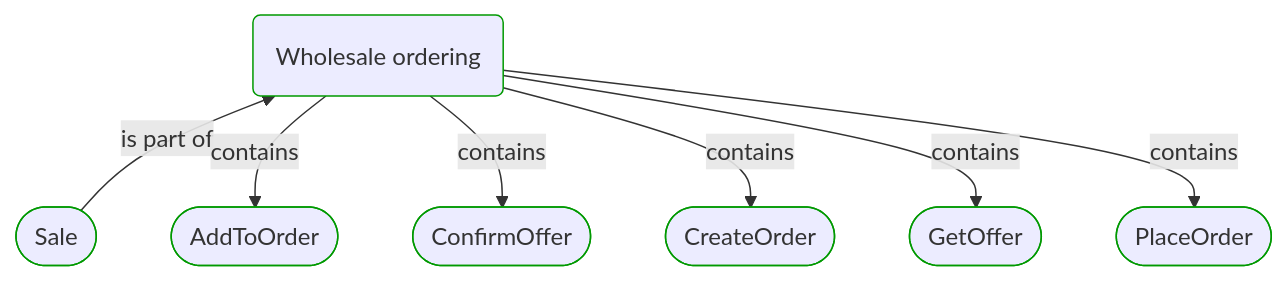
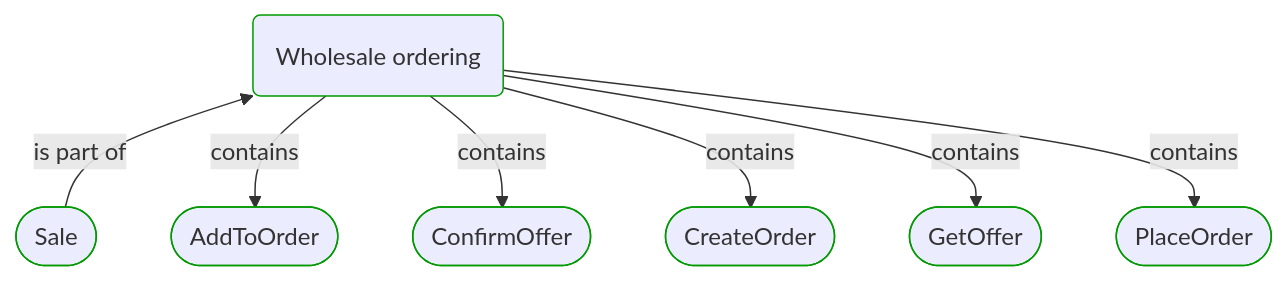
The first of 4 diagrams in Docs/P3/MermaidOutput/Processes/Sale/Wholesale ordering/Wholesale ordering.md (itlibrium/DDD-starter-dotnet), drawn with Mermaid before and after one commit. The commit also changed other lines of this file and 174 other files, not shown here.

````diff
--- a/Docs/P3/MermaidOutput/Processes/Sale/Wholesale ordering/Wholesale ordering.md
+++ b/Docs/P3/MermaidOutput/Processes/Sale/Wholesale ordering/Wholesale ordering.md
@@ -20,29 +20,29 @@
 ```mermaid
   flowchart TB
     0(Wholesale ordering)
     class 0 DomainPerspective
     1([Sale])
     class 1 DomainPerspective
+    0---1
+    1-->|is part of|0
     1---0
-    1-->|is part of|0
-    0---1
     2([AddToOrder])
     class 2 DomainPerspective
     0-->|contains|2
     3([ConfirmOffer])
     class 3 DomainPerspective
     0-->|contains|3
     4([CreateOrder])
     class 4 DomainPerspective
     0-->|contains|4
     5([GetOffer])
     class 5 DomainPerspective
     0-->|contains|5
     6([PlaceOrder])
     class 6 DomainPerspective
     0-->|contains|6
     linkStyle 0,2 stroke:none
     classDef DomainPerspective stroke:#009900
     classDef TechnologyPerspective stroke:#1F41EB
     classDef PeoplePerspective stroke:#FFF014
 ```
````
